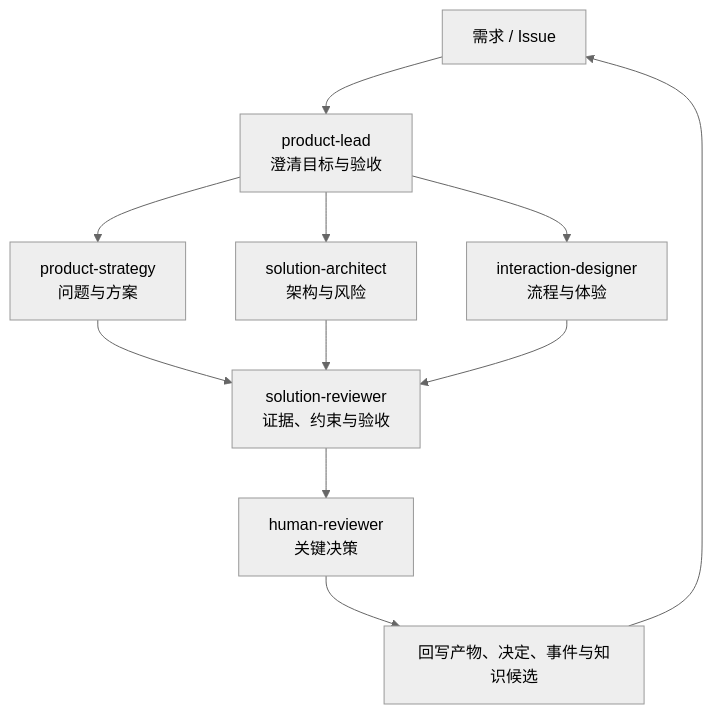
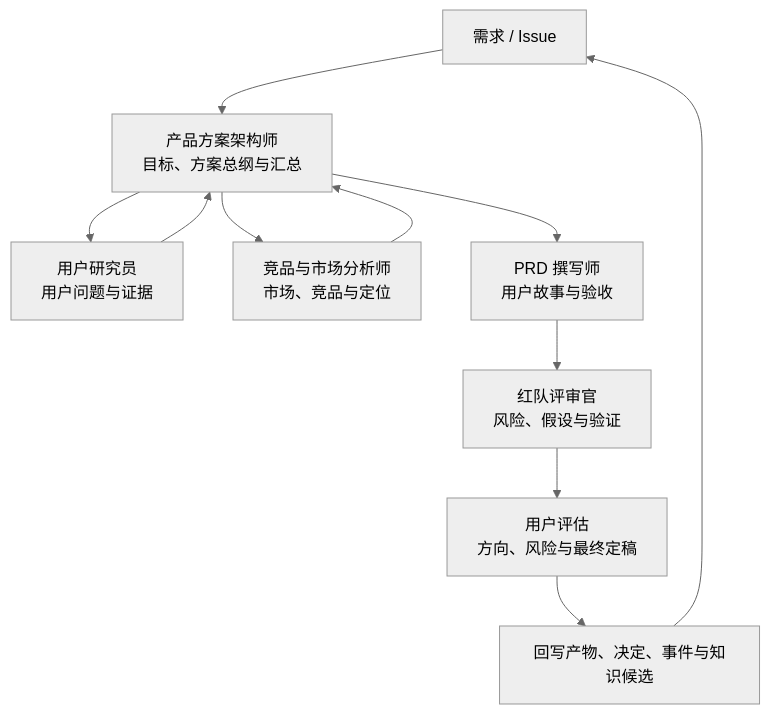
Before and after one commit to WYLINX601/agent-context-workflow: the second of 2 diagrams in README.md, drawn with Mermaid (neutral theme). The commit also changed other lines of this file and 5 other files, not shown here.

```diff
--- a/README.md
+++ b/README.md
@@ -194,22 +194,22 @@
 ~~~mermaid
 flowchart TD
     Intake["需求 / Issue"]
-    Lead["product-lead<br/>澄清目标与验收"]
-    Strategy["product-strategy<br/>问题与方案"]
-    Architect["solution-architect<br/>架构与风险"]
-    Designer["interaction-designer<br/>流程与体验"]
-    Review["solution-reviewer<br/>证据、约束与验收"]
-    Human["human-reviewer<br/>关键决策"]
+    Lead["产品方案架构师<br/>目标、方案总纲与汇总"]
+    Research["用户研究员<br/>用户问题与证据"]
+    Market["竞品与市场分析师<br/>市场、竞品与定位"]
+    PRD["PRD 撰写师<br/>用户故事与验收"]
+    Review["红队评审官<br/>风险、假设与验证"]
+    Human["用户评估<br/>方向、风险与最终定稿"]
     Writeback["回写产物、决定、事件与知识候选"]
 
     Intake --> Lead
-    Lead --> Strategy
-    Lead --> Architect
-    Lead --> Designer
-    Strategy --> Review
-    Architect --> Review
-    Designer --> Review
+    Lead --> Research
+    Lead --> Market
+    Research --> Lead
+    Market --> Lead
+    Lead --> PRD
+    PRD --> Review
     Review --> Human
     Human --> Writeback
     Writeback --> Intake
 ~~~
```
